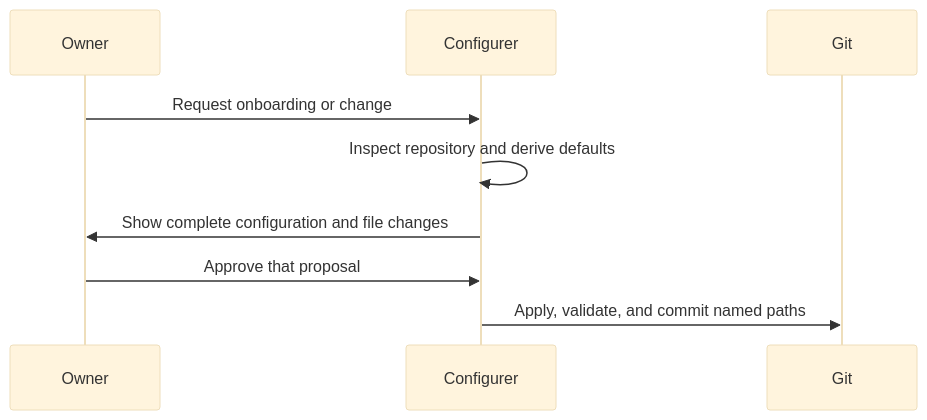
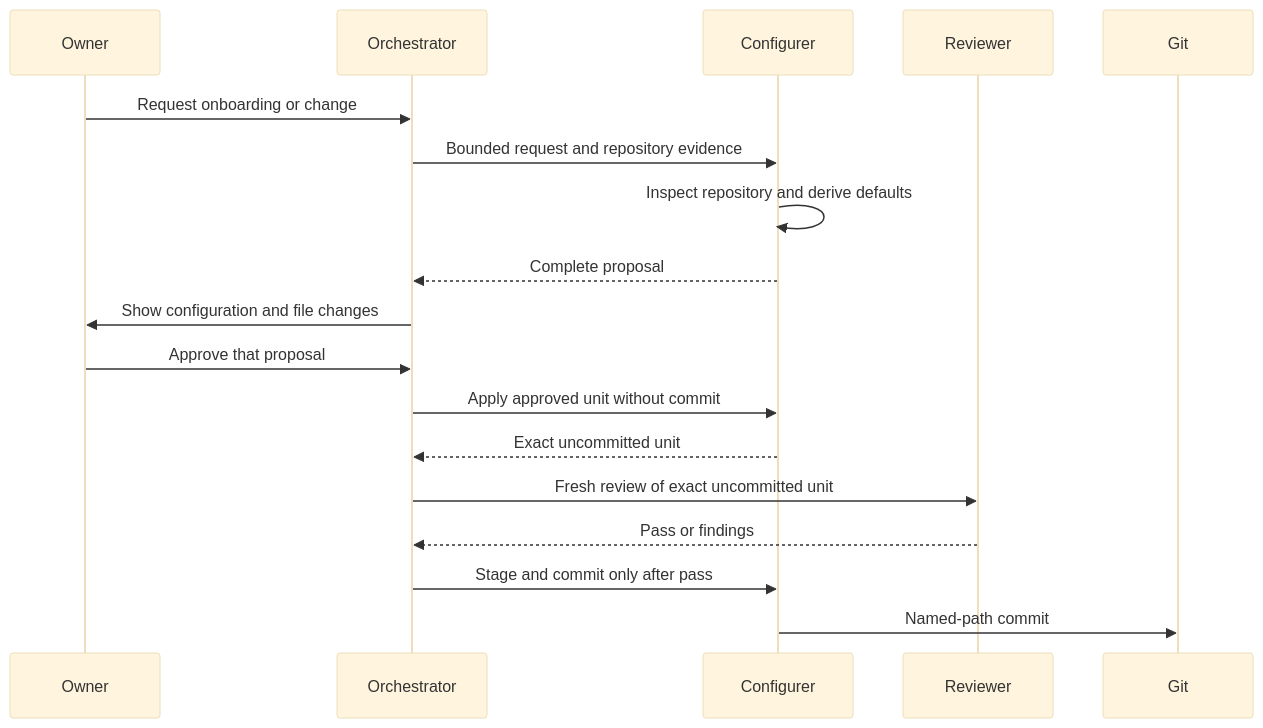
The third of 4 diagrams in docs/WHITEPAPER.md (divyekant/Olympus), drawn with Mermaid (base theme) before and after one commit. The commit also changed other lines of this file and 23 other files, not shown here.

````diff
--- a/docs/WHITEPAPER.md
+++ b/docs/WHITEPAPER.md
@@ -68,11 +92,20 @@
 ```mermaid
 sequenceDiagram
     participant Owner
+    participant O as Orchestrator
     participant Configurer
+    participant R as Reviewer
     participant Git
-    Owner->>Configurer: Request onboarding or change
+    Owner->>O: Request onboarding or change
+    O->>Configurer: Bounded request and repository evidence
     Configurer->>Configurer: Inspect repository and derive defaults
-    Configurer->>Owner: Show complete configuration and file changes
-    Owner->>Configurer: Approve that proposal
-    Configurer->>Git: Apply, validate, and commit named paths
+    Configurer-->>O: Complete proposal
+    O->>Owner: Show configuration and file changes
+    Owner->>O: Approve that proposal
+    O->>Configurer: Apply approved unit without commit
+    Configurer-->>O: Exact uncommitted unit
+    O->>R: Fresh review of exact uncommitted unit
+    R-->>O: Pass or findings
+    O->>Configurer: Stage and commit only after pass
+    Configurer->>Git: Named-path commit
 ```
````
